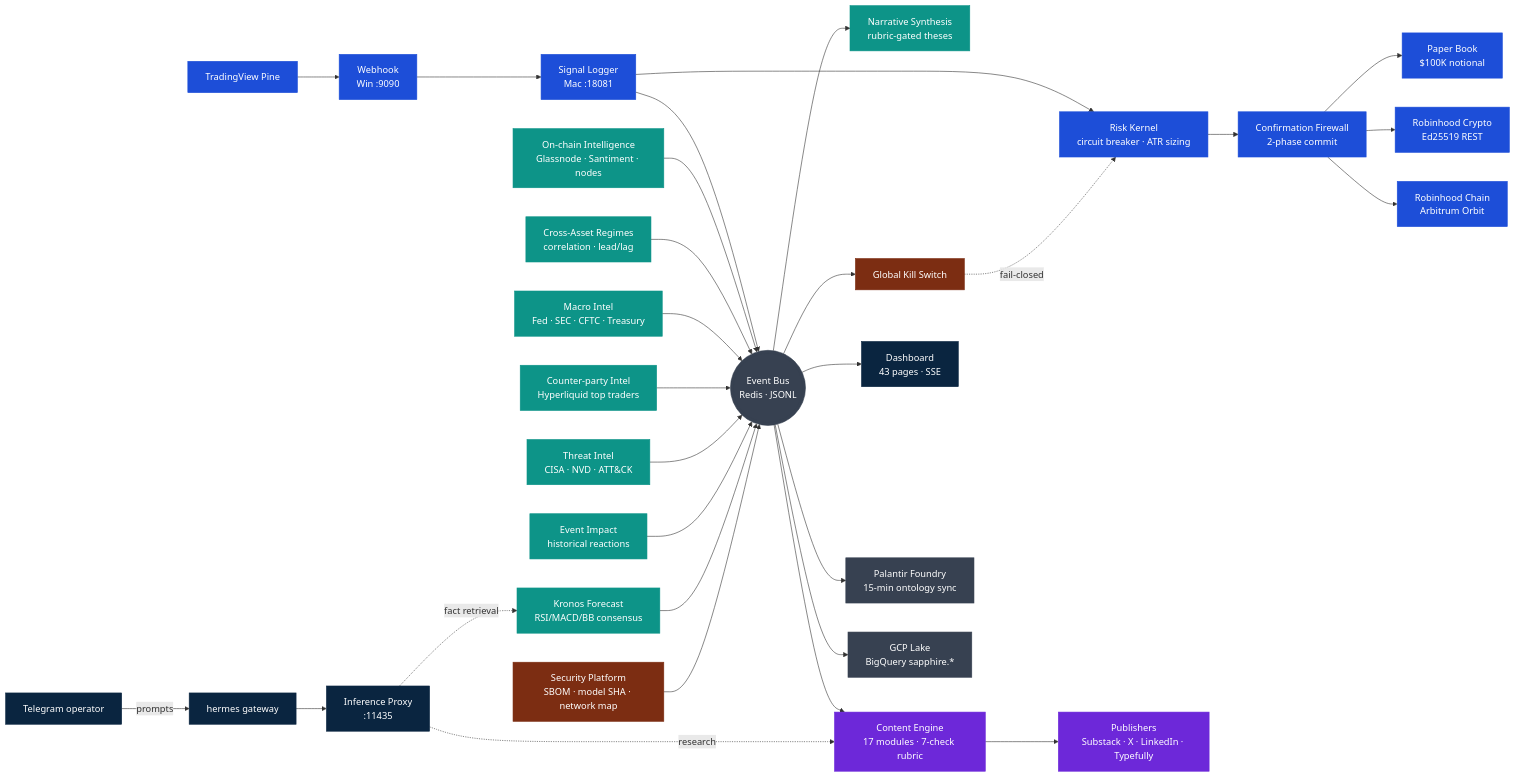
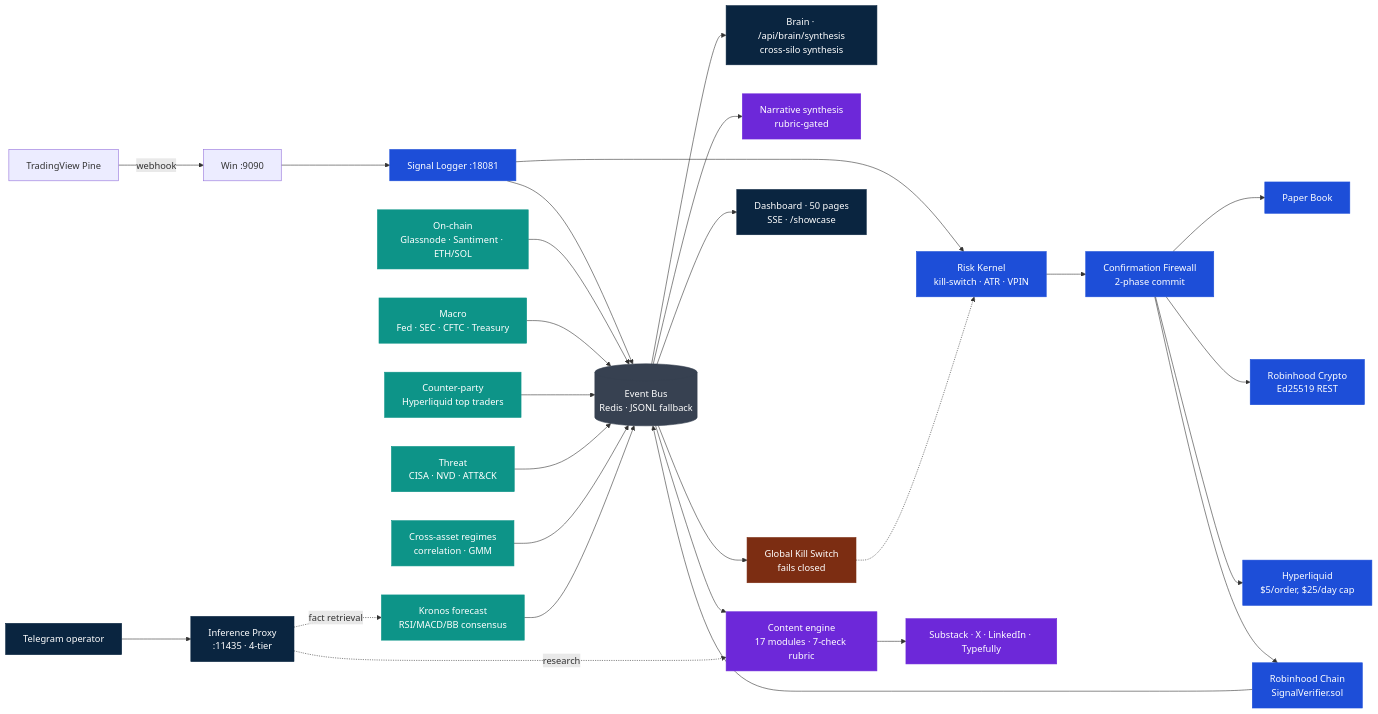
The first of 2 diagrams in README.md (arigatoexpress/Sapphire), drawn with Mermaid before and after one commit. The commit also changed other lines of this file, not shown here.

First line of the commit message:
docs(readme): manifesto rewrite — Brain-led, integration-discipline framing (#588)

````diff
--- a/README.md
+++ b/README.md
@@ -62,69 +102,42 @@
 ```mermaid
 flowchart LR
     classDef edge       fill:#0A2540,stroke:#0A2540,color:#fff
     classDef trading    fill:#1d4ed8,stroke:#1d4ed8,color:#fff
     classDef intel      fill:#0d9488,stroke:#0d9488,color:#fff
     classDef security   fill:#7c2d12,stroke:#7c2d12,color:#fff
     classDef content    fill:#6d28d9,stroke:#6d28d9,color:#fff
     classDef storage    fill:#374151,stroke:#374151,color:#fff
 
     Operator[Telegram operator]:::edge
-    HermesGateway[hermes gateway]:::edge
-    InferenceProxy[Inference Proxy<br/>:11435]:::edge
+    InferenceProxy[Inference Proxy<br/>:11435 · 4-tier]:::edge
 
-    TV[TradingView Pine]:::trading
-    Webhook[Webhook<br/>Win :9090]:::trading
-    SignalLogger[Signal Logger<br/>Mac :18081]:::trading
-    RiskKernel[Risk Kernel<br/>circuit breaker · ATR sizing]:::trading
-    Confirmation[Confirmation Firewall<br/>2-phase commit]:::trading
-    PaperBook[Paper Book<br/>$100K notional]:::trading
-    Robinhood[Robinhood Crypto<br/>Ed25519 REST]:::trading
-    Chain[Robinhood Chain<br/>Arbitrum Orbit]:::trading
+    TV[TradingView Pine] -->|webhook| Win[Win :9090] --> SL[Signal Logger :18081]:::trading
+    SL --> RK[Risk Kernel<br/>kill-switch · ATR · VPIN]:::trading
+    RK --> CF[Confirmation Firewall<br/>2-phase commit]:::trading
+    CF --> Paper[Paper Book]:::trading
+    CF --> RH[Robinhood Crypto<br/>Ed25519 REST]:::trading
+    CF --> HL[Hyperliquid<br/>$5/order, $25/day cap]:::trading
+    CF --> Chain[Robinhood Chain<br/>SignalVerifier.sol]:::trading
 
-    Bus(((Event Bus<br/>Redis · JSONL))):::storage
+    Bus[(Event Bus<br/>Redis · JSONL fallback)]:::storage
 
-    ChainIntel[On-chain Intelligence<br/>Glassnode · Santiment · nodes]:::intel
-    CrossAsset[Cross-Asset Regimes<br/>correlation · lead/lag]:::intel
-    MacroIntel[Macro Intel<br/>Fed · SEC · CFTC · Treasury]:::intel
-    Counterparty[Counter-party Intel<br/>Hyperliquid top traders]:::intel
-    Threat[Threat Intel<br/>CISA · NVD · ATT&CK]:::intel
-    EventImpact[Event Impact<br/>historical reactions]:::intel
-    Predict[Kronos Forecast<br/>RSI/MACD/BB consensus]:::intel
-    Narrative[Narrative Synthesis<br/>rubric-gated theses]:::intel
+    SL --> Bus
+    Chain --> Bus
 
-    SecPlatform[Security Platform<br/>SBOM · model SHA · network map]:::security
-    KillSwitch[Global Kill Switch]:::security
+    OnChain[On-chain<br/>Glassnode · Santiment · ETH/SOL]:::intel --> Bus
+    Macro[Macro<br/>Fed · SEC · CFTC · Treasury]:::intel --> Bus
+    CP[Counter-party<br/>Hyperliquid top traders]:::intel --> Bus
+    Threat[Threat<br/>CISA · NVD · ATT&CK]:::intel --> Bus
+    Regime[Cross-asset regimes<br/>correlation · GMM]:::intel --> Bus
+    Predict[Kronos forecast<br/>RSI/MACD/BB consensus]:::intel --> Bus
 
-    ContentEngine[Content Engine<br/>17 modules · 7-check rubric]:::content
-    Publishers[Publishers<br/>Substack · X · LinkedIn · Typefully]:::content
+    Bus --> Brain[Brain · /api/brain/synthesis<br/>cross-silo synthesis]:::edge
+    Bus --> Narrative[Narrative synthesis<br/>rubric-gated]:::content
+    Bus --> Content[Content engine<br/>17 modules · 7-check rubric]:::content --> Pubs[Substack · X · LinkedIn · Typefully]:::content
+    Bus --> Dashboard[Dashboard · 50 pages<br/>SSE · /showcase]:::edge
+    Bus --> KS[Global Kill Switch<br/>fails closed]:::security -.-> RK
 
-    Dashboard[Dashboard<br/>43 pages · SSE]:::edge
-    Foundry[Palantir Foundry<br/>15-min ontology sync]:::storage
-    GCP[GCP Lake<br/>BigQuery sapphire.*]:::storage
-
-    Operator -->|prompts| HermesGateway --> InferenceProxy
-    TV --> Webhook --> SignalLogger --> RiskKernel --> Confirmation
-    Confirmation --> PaperBook
-    Confirmation --> Robinhood
-    Confirmation --> Chain
-
-    SignalLogger --> Bus
-    ChainIntel --> Bus
-    CrossAsset --> Bus
-    MacroIntel --> Bus
-    Counterparty --> Bus
-    Threat --> Bus
-    EventImpact --> Bus
-    Predict --> Bus
-    SecPlatform --> Bus
-
-    Bus --> Dashboard
-    Bus --> Narrative
-    Bus --> ContentEngine --> Publishers
-    Bus --> Foundry
-    Bus --> GCP
-    Bus --> KillSwitch -.fail-closed.-> RiskKernel
-
+    Operator --> InferenceProxy
     InferenceProxy -.fact retrieval.-> Predict
-    InferenceProxy -.research.-> ContentEngine
+    InferenceProxy -.research.-> Content
 ```
````
